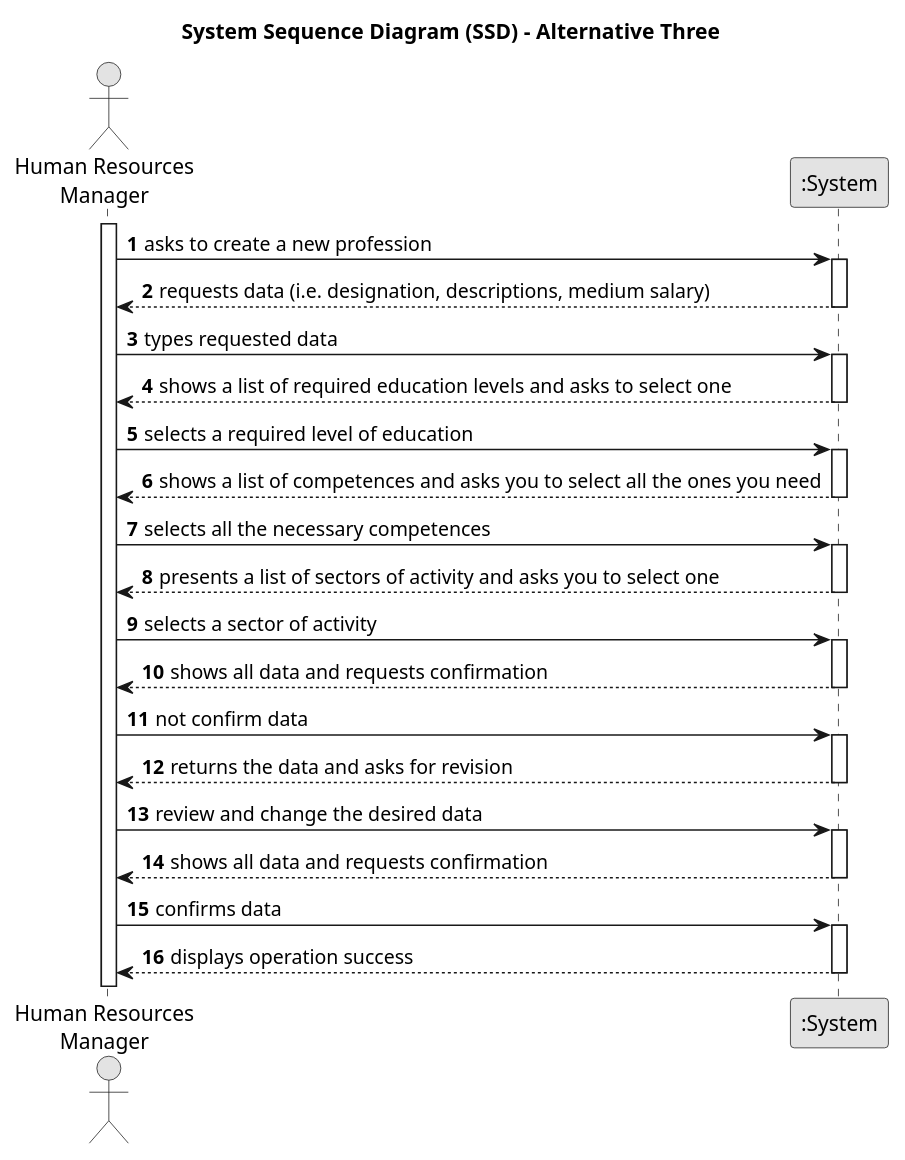
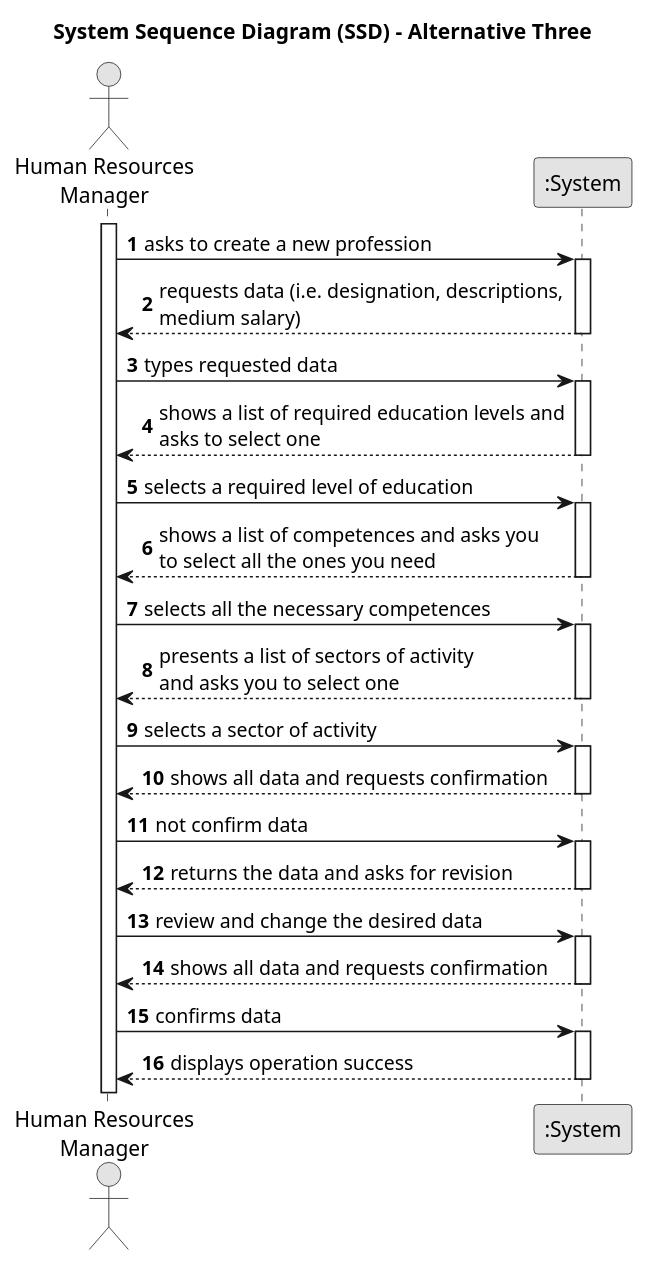
One commit to diogoveirospro/lei-24-s2-1dg-g072 changed the diagram in docs/sprintA/us002/01.requirements-engineering/puml/us002-system-sequence-diagram-alternative-three.puml. Above: the diagram before and after it, drawn with PlantUML. The commit also changed 20 other files, not shown here.

```diff
--- a/docs/sprintA/us002/01.requirements-engineering/puml/us002-system-sequence-diagram-alternative-three.puml
+++ b/docs/sprintA/us002/01.requirements-engineering/puml/us002-system-sequence-diagram-alternative-three.puml
@@ -1,63 +1,63 @@
 @startuml
 skinparam monochrome true
 skinparam packageStyle rectangle
 skinparam shadowing false
 
 title System Sequence Diagram (SSD) - Alternative Three
 
 autonumber
 
 actor "Human Resources\nManager" as GRH
 participant ":System" as System
 
 activate GRH
 
     GRH -> System : asks to create a new profession
         activate System
 
-            System --> GRH : requests data (i.e. designation, descriptions, medium salary)
+            System --> GRH : requests data (i.e. designation, descriptions,\nmedium salary)
         deactivate System
 
         GRH -> System : types requested data
         activate System
 
-            System --> GRH : shows a list of required education levels and asks to select one
+            System --> GRH : shows a list of required education levels and\nasks to select one
         deactivate System
 
         GRH -> System : selects a required level of education
         activate System
 
-                System --> GRH : shows a list of competences and asks you to select all the ones you need
+                System --> GRH : shows a list of competences and asks you\nto select all the ones you need
         deactivate System
 
         GRH -> System : selects all the necessary competences
         activate System
 
-                System --> GRH : presents a list of sectors of activity and asks you to select one
+                System --> GRH : presents a list of sectors of activity\nand asks you to select one
         deactivate System
 
         GRH -> System : selects a sector of activity
         activate System
 
             System --> GRH : shows all data and requests confirmation
         deactivate System
 
         GRH -> System : not confirm data
         activate System
 
             System --> GRH : returns the data and asks for revision
         deactivate System
 
         GRH -> System : review and change the desired data
         activate System
 
             System --> GRH : shows all data and requests confirmation
         deactivate System
 
         GRH -> System : confirms data
         activate System
 
             System --> GRH : displays operation success
         deactivate System
 
 @enduml
```
